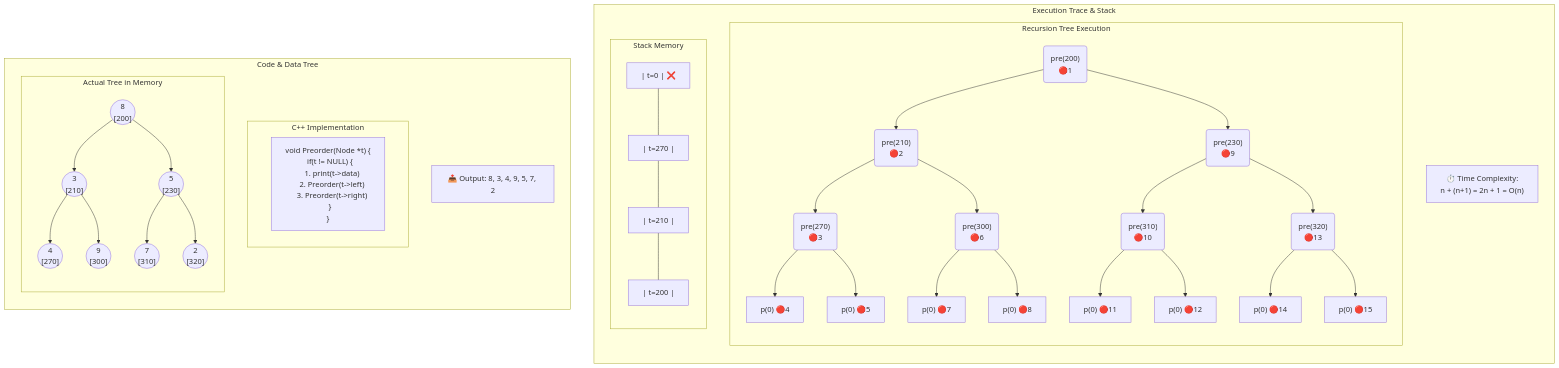
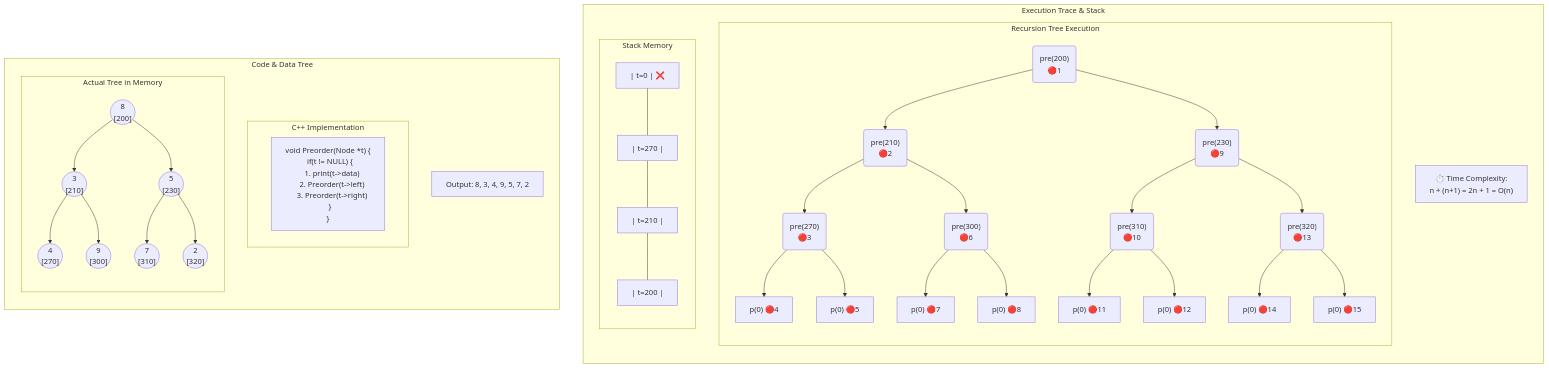
Before and after one commit to HashimAbdulaziz/DataStructures_ITICourseLabs: the second of 5 diagrams in README.md, drawn with Mermaid. The commit also changed other lines of this file, not shown here.

````diff
--- a/README.md
+++ b/README.md
@@ -137,78 +137,78 @@
 ```mermaid
 flowchart TB
     %% --- Layout Definitions ---
     subgraph LeftColumn ["Execution Trace & Stack"]
         direction TB
 
         %% 1. The Recursion Tree (Top Left)
         subgraph Trace ["Recursion Tree Execution"]
             direction TB
             N1("pre(200)<br/>🔴1")
             
             %% Level 2
             N2("pre(210)<br/>🔴2")
             N9("pre(230)<br/>🔴9")
             
             %% Level 3 (Left Subtree)
             N3("pre(270)<br/>🔴3")
             N6("pre(300)<br/>🔴6")
             
             %% Level 3 (Right Subtree)
             N10("pre(310)<br/>🔴10")
             N13("pre(320)<br/>🔴13")
 
             %% Connections
             N1 --> N2 & N9
             N2 --> N3 & N6
             N9 --> N10 & N13
 
             %% Leaves (Null Calls)
             N3 --> L1["p(0) 🔴4"] & L2["p(0) 🔴5"]
             N6 --> L3["p(0) 🔴7"] & L4["p(0) 🔴8"]
             N10 --> L5["p(0) 🔴11"] & L6["p(0) 🔴12"]
             N13 --> L7["p(0) 🔴14"] & L8["p(0) 🔴15"]
         end
 
         %% 2. The Stack (Bottom Left)
         subgraph Stack ["Stack Memory"]
             direction BT
             S1["| t=200 |"] 
             S2["| t=210 |"]
             S3["| t=270 |"]
             S4["| t=0 | ❌"]
             
             S1 --- S2 --- S3 --- S4
         end
         
         Complexity["⏱️ Time Complexity:<br/>n + (n+1) = 2n + 1 = O(n)"]
     end
 
     %% --- Right Column ---
     subgraph RightColumn ["Code & Data Tree"]
         direction TB
         
         %% 3. Code Snippet (Top Right)
         subgraph Code ["C++ Implementation"]
             CodeBlock["void Preorder(Node *t) {<br/>&nbsp;&nbsp;if(t != NULL) {<br/>&nbsp;&nbsp;&nbsp;&nbsp;1. print(t->data)<br/>&nbsp;&nbsp;&nbsp;&nbsp;2. Preorder(t->left)<br/>&nbsp;&nbsp;&nbsp;&nbsp;3. Preorder(t->right)<br/>&nbsp;&nbsp;}<br/>}"]
         end
 
         %% 4. Data Tree (Bottom Right)
         subgraph DataTree ["Actual Tree in Memory"]
             direction TB
             ROOT(("8<br/>[200]"))
             L_Child(("3<br/>[210]"))
             R_Child(("5<br/>[230]"))
             
             LL(("4<br/>[270]"))
             LR(("9<br/>[300]"))
             RL(("7<br/>[310]"))
             RR(("2<br/>[320]"))
 
             ROOT --> L_Child & R_Child
             L_Child --> LL & LR
             R_Child --> RL & RR
         end
         
-        Output["📤 Output: 8, 3, 4, 9, 5, 7, 2"]
+        Output["Output: 8, 3, 4, 9, 5, 7, 2"]
     end
 ```
````
